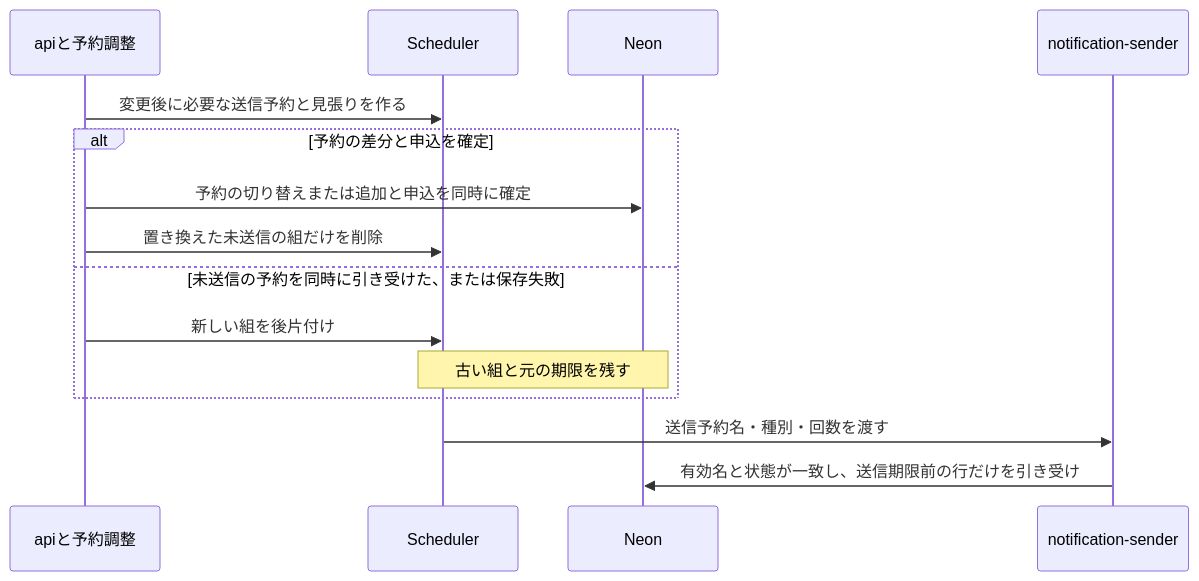
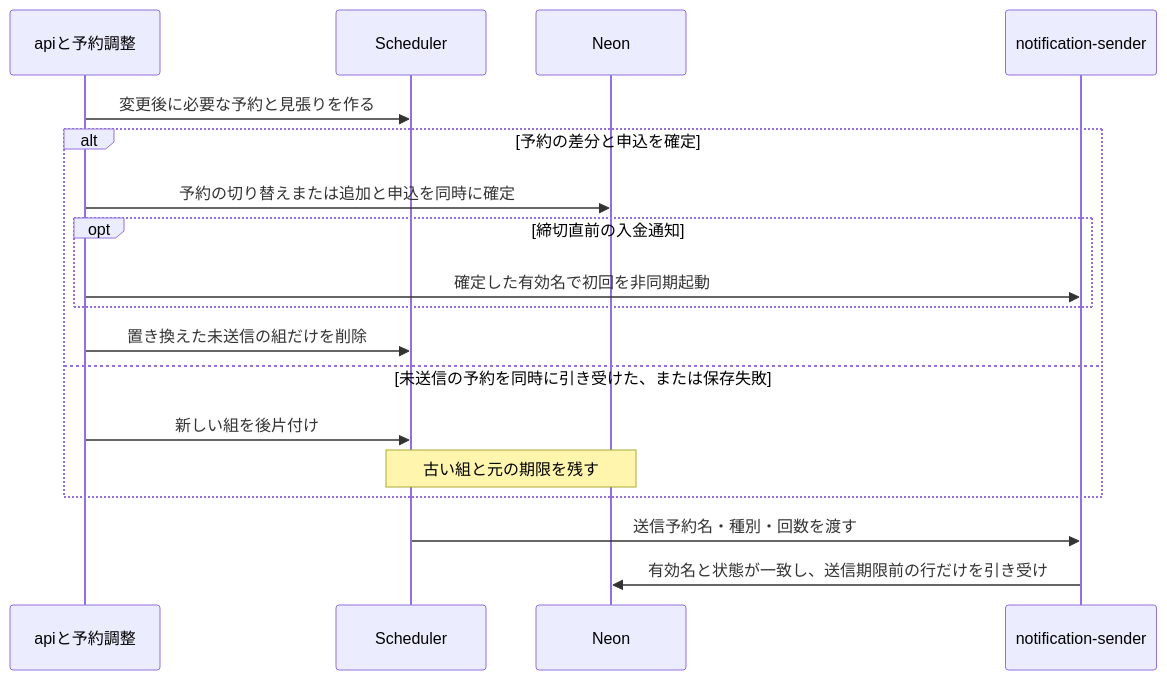
One commit to oze-xxbumpxx/yoin changed the sixth of 6 diagrams in docs/designs/first-slice.md. Above: the diagram before and after it, drawn with Mermaid. The commit also changed other lines of this file and 3 other files, not shown here.

````diff
--- a/docs/designs/first-slice.md
+++ b/docs/designs/first-slice.md
@@ -204,17 +204,20 @@
 ```mermaid
 sequenceDiagram
     participant A as apiと予約調整
     participant S as Scheduler
     participant D as Neon
     participant W as notification-sender
-    A->>S: 変更後に必要な送信予約と見張りを作る
+    A->>S: 変更後に必要な予約と見張りを作る
     alt 予約の差分と申込を確定
         A->>D: 予約の切り替えまたは追加と申込を同時に確定
+        opt 締切直前の入金通知
+            A->>W: 確定した有効名で初回を非同期起動
+        end
         A->>S: 置き換えた未送信の組だけを削除
     else 未送信の予約を同時に引き受けた、または保存失敗
         A->>S: 新しい組を後片付け
         Note over D,S: 古い組と元の期限を残す
     end
     S->>W: 送信予約名・種別・回数を渡す
     W->>D: 有効名と状態が一致し、送信期限前の行だけを引き受け
 ```
````
